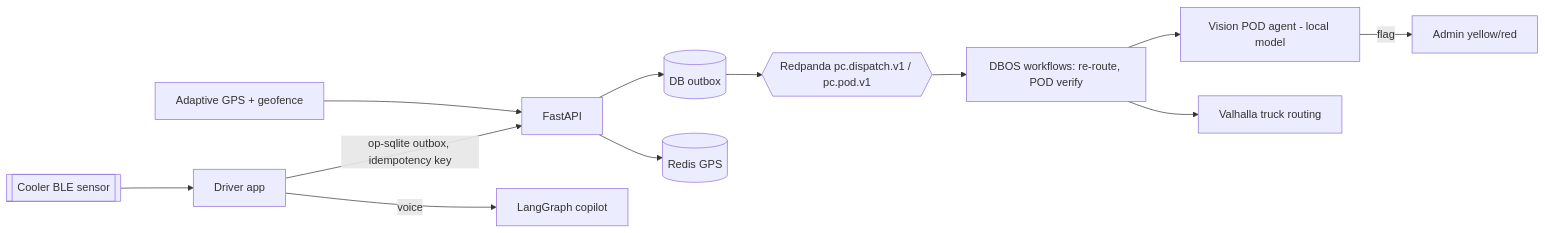
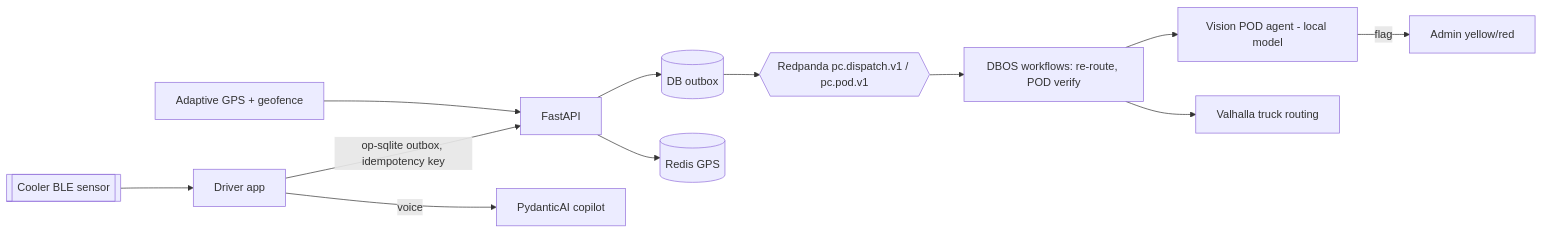
Before and after one commit to PORTERCHAIN-INC/PCD: the fifth of 6 diagrams in docs/architecture/26_driver_mobile.md, drawn with Mermaid. The commit also changed other lines of this file and 32 other files, not shown here.

Commit message:
docs(architecture): 31-39, 48-55 plan docs; 29 all items decided; PydanticAI-in-DBOS everywhere; Ravi decisions recorded

````diff
--- a/docs/architecture/26_driver_mobile.md
+++ b/docs/architecture/26_driver_mobile.md
@@ -117,12 +117,12 @@
 ```mermaid
 flowchart LR
   APP[Driver app] -- op-sqlite outbox, idempotency key --> API[FastAPI]
   API --> OB[(DB outbox)] --> RP{{Redpanda pc.dispatch.v1 / pc.pod.v1}}
   RP --> WF[DBOS workflows: re-route, POD verify]
   WF --> VZ[Vision POD agent - local model]
   WF --> VH[Valhalla truck routing]
   VZ -- flag --> ADM[Admin yellow/red]
   BG[Adaptive GPS + geofence] --> API --> RD[(Redis GPS)]
   BLE[[Cooler BLE sensor]] --> APP
-  APP -- voice --> CP[LangGraph copilot]
+  APP -- voice --> CP[PydanticAI copilot]
 ```
````
